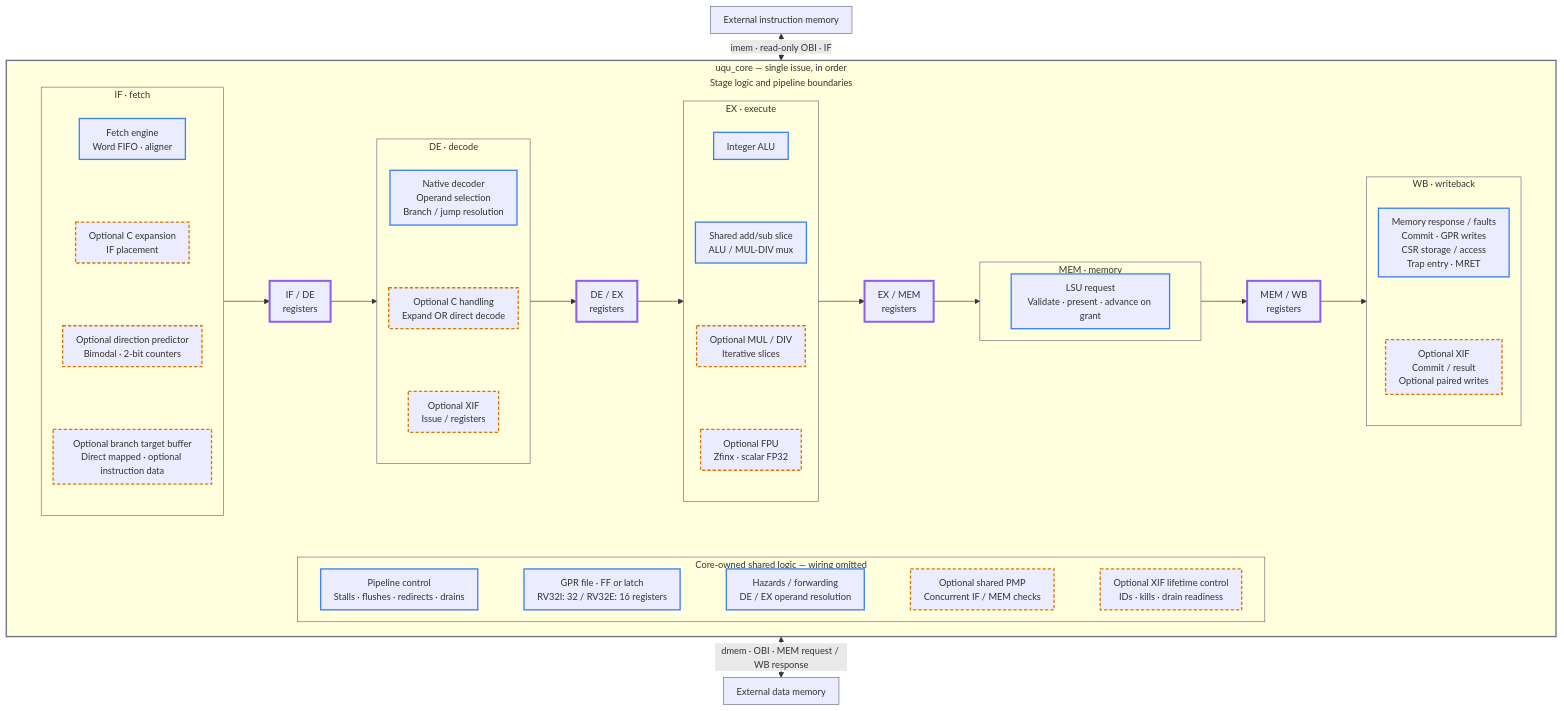
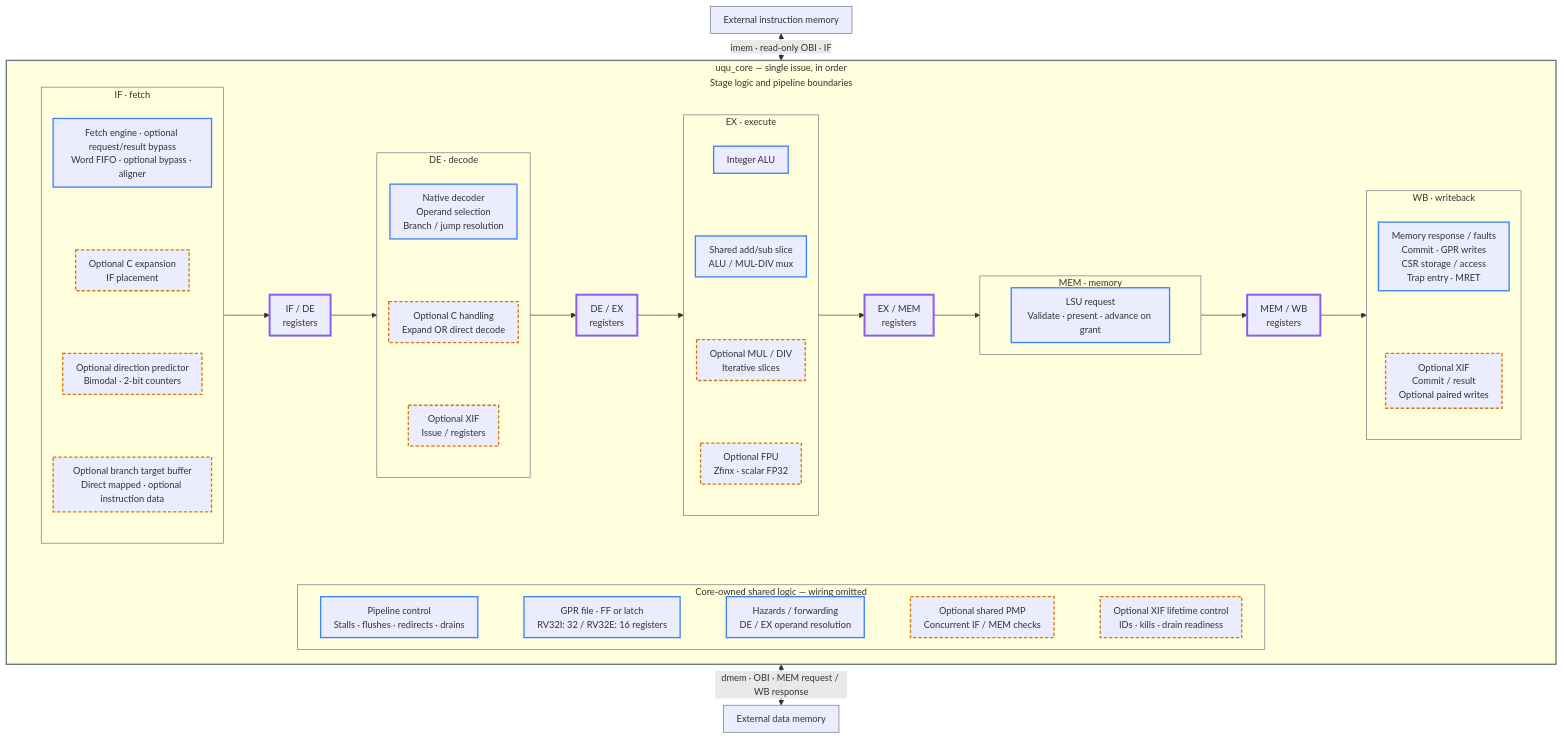
Before and after one commit to JoGei/uquintus: the first of 2 diagrams in README.md, drawn with Mermaid. The commit also changed other lines of this file and 91 other files, not shown here.

Commit message:
add instruction fetch bypass module with regression and integration tests. Add MUA option to remove pipelined fetches in case of redirect branches.

```diff
--- a/README.md
+++ b/README.md
@@ -32,7 +32,7 @@
             direction LR
             subgraph IF["IF · fetch"]
                 direction TB
-                FETCH["Fetch engine<br/>Word FIFO · aligner"]
+                FETCH["Fetch engine · optional request/result bypass<br/>Word FIFO · optional bypass · aligner"]
                 C_IF["Optional C expansion<br/>IF placement"]
                 BP["Optional direction predictor<br/>Bimodal · 2-bit counters"]
                 BTB["Optional branch target buffer<br/>Direct mapped · optional instruction data"]
```
